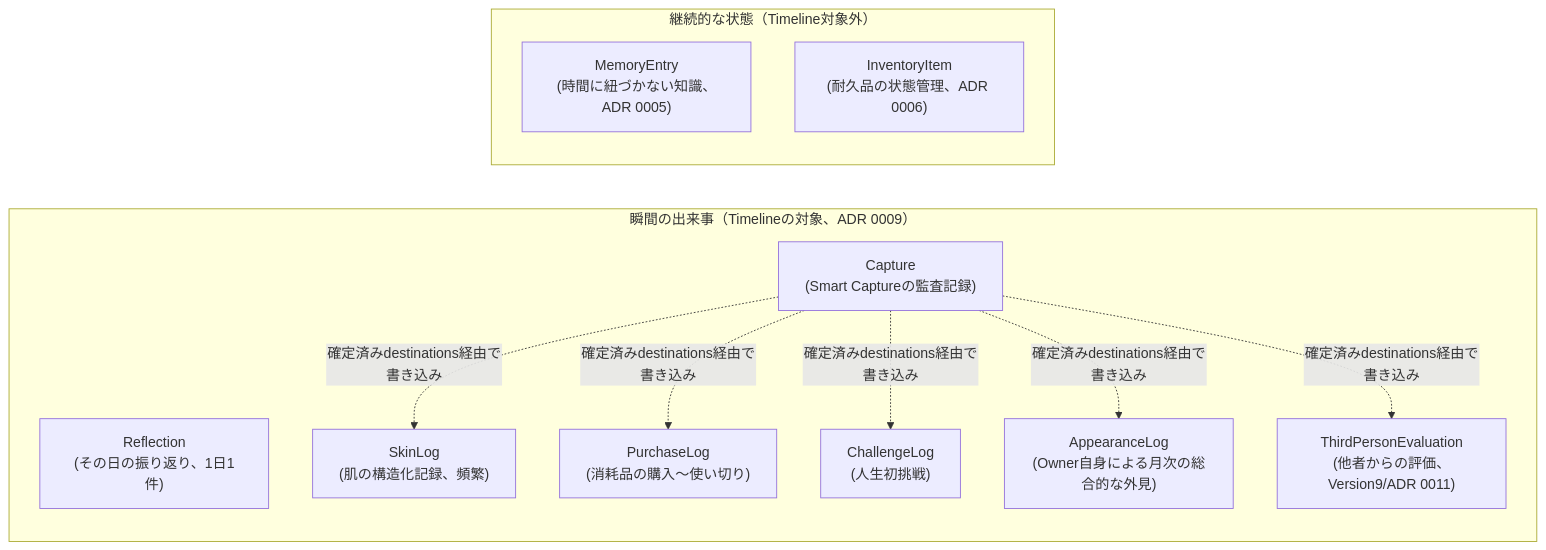
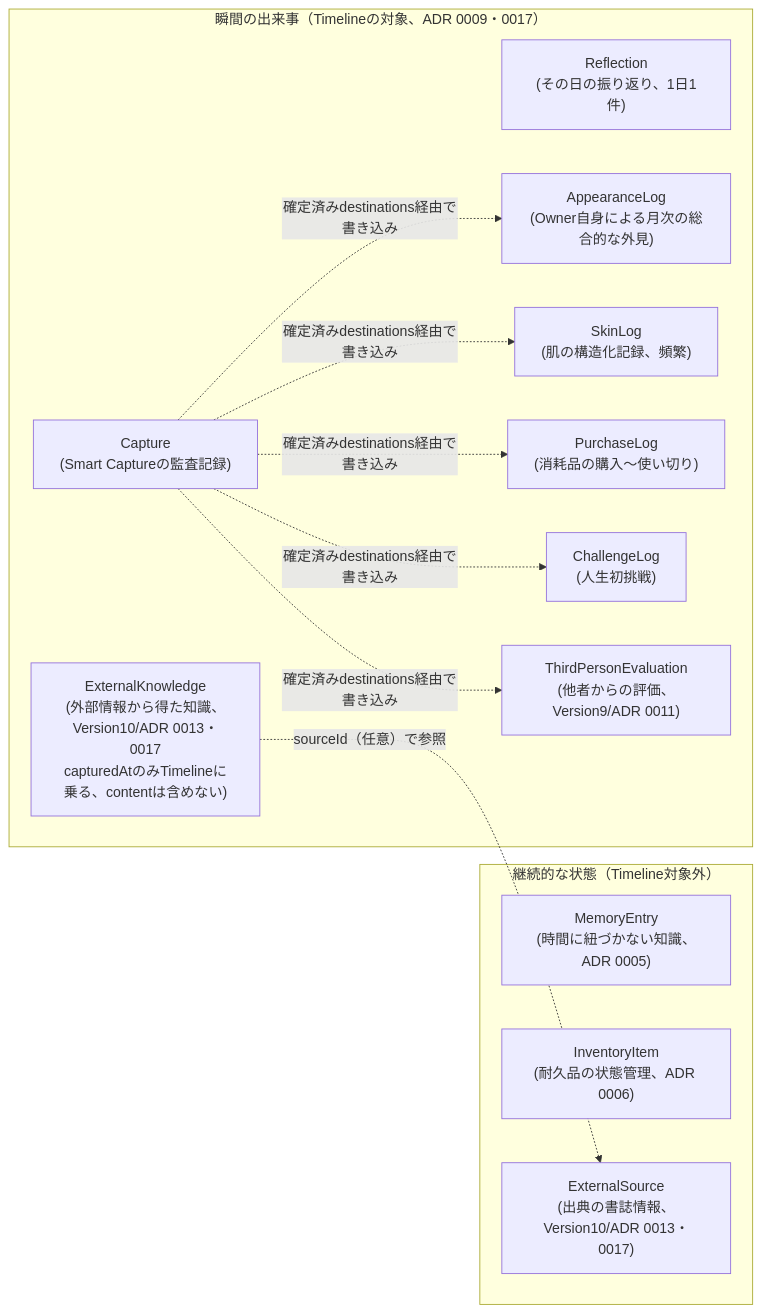
The third of 3 diagrams in docs/architecture-diagram.md (okano171013-ai/project-arc), drawn with Mermaid before and after one commit. The commit also changed other lines of this file and 49 other files, not shown here.

First line of the commit message:
Version10: External Brain

````diff
--- a/docs/architecture-diagram.md
+++ b/docs/architecture-diagram.md
@@ -110,23 +112,26 @@
 ```mermaid
 graph LR
-    subgraph "瞬間の出来事（Timelineの対象、ADR 0009）"
+    subgraph "瞬間の出来事（Timelineの対象、ADR 0009・0017）"
         Reflection["Reflection\n(その日の振り返り、1日1件)"]
         AppearanceLog["AppearanceLog\n(Owner自身による月次の総合的な外見)"]
         SkinLog["SkinLog\n(肌の構造化記録、頻繁)"]
         PurchaseLog["PurchaseLog\n(消耗品の購入〜使い切り)"]
         ChallengeLog["ChallengeLog\n(人生初挑戦)"]
         ThirdPersonEval["ThirdPersonEvaluation\n(他者からの評価、Version9/ADR 0011)"]
         Capture["Capture\n(Smart Captureの監査記録)"]
+        ExternalKnowledge["ExternalKnowledge\n(外部情報から得た知識、Version10/ADR 0013・0017\ncapturedAtのみTimelineに乗る、contentは含めない)"]
     end
 
     subgraph "継続的な状態（Timeline対象外）"
         Memory["MemoryEntry\n(時間に紐づかない知識、ADR 0005)"]
         Inventory["InventoryItem\n(耐久品の状態管理、ADR 0006)"]
+        ExternalSource["ExternalSource\n(出典の書誌情報、Version10/ADR 0013・0017)"]
     end
 
     Capture -.確定済みdestinations経由で書き込み.-> SkinLog
     Capture -.確定済みdestinations経由で書き込み.-> PurchaseLog
     Capture -.確定済みdestinations経由で書き込み.-> ChallengeLog
     Capture -.確定済みdestinations経由で書き込み.-> AppearanceLog
     Capture -.確定済みdestinations経由で書き込み.-> ThirdPersonEval
+    ExternalKnowledge -.sourceId（任意）で参照.-> ExternalSource
 ```
````
